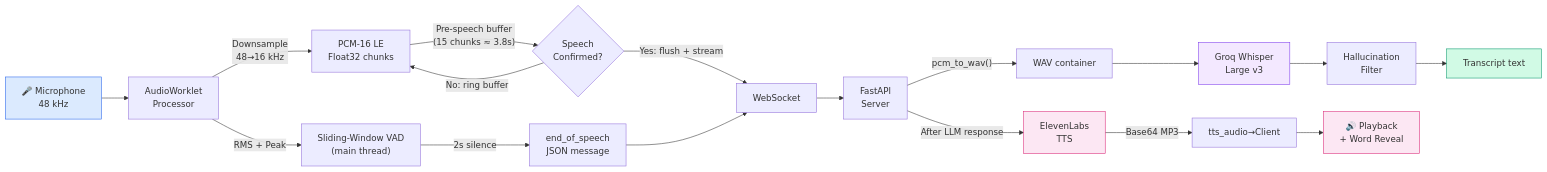
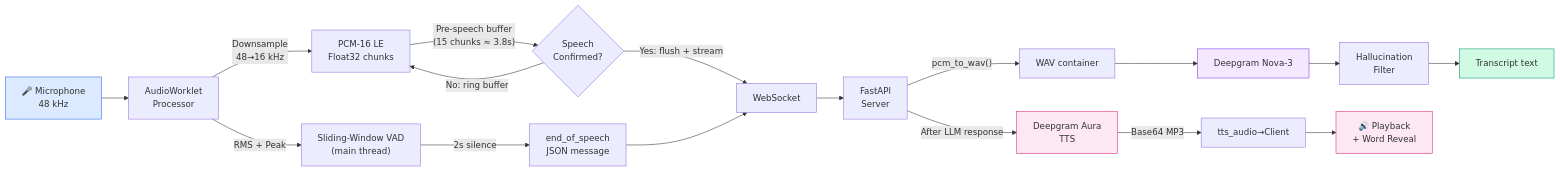
One commit to charanp2006/demo-voice-agent changed the fourth of 5 diagrams in docs/ARCHITECTURE.md. Above: the diagram before and after it, drawn with Mermaid. The commit also changed other lines of this file and 8 other files, not shown here.

Commit message:
Update the STT, TTS, LLM with new tech stack

````diff
--- a/docs/ARCHITECTURE.md
+++ b/docs/ARCHITECTURE.md
@@ -188,25 +188,25 @@
 ```mermaid
 flowchart LR
     MIC["🎤 Microphone<br/>48 kHz"] --> AWS["AudioWorklet<br/>Processor"]
     AWS -->|"Downsample<br/>48→16 kHz"| PCM["PCM-16 LE<br/>Float32 chunks"]
     AWS -->|"RMS + Peak"| VAD["Sliding-Window VAD<br/>(main thread)"]
     PCM -->|"Pre-speech buffer<br/>(15 chunks ≈ 3.8s)"| GATE{"Speech<br/>Confirmed?"}
     GATE -->|"Yes: flush + stream"| WS["WebSocket"]
     GATE -->|"No: ring buffer"| PCM
     VAD -->|"2s silence"| EOS["end_of_speech<br/>JSON message"]
     EOS --> WS
     WS --> SRV["FastAPI<br/>Server"]
     SRV -->|"pcm_to_wav()"| WAV["WAV container"]
-    WAV --> WHISPER["Groq Whisper<br/>Large v3"]
+    WAV --> WHISPER["Deepgram Nova-3"]
     WHISPER --> FILTER["Hallucination<br/>Filter"]
     FILTER --> TXT["Transcript text"]
-    SRV -->|"After LLM response"| TTS_GEN["ElevenLabs<br/>TTS"]
+    SRV -->|"After LLM response"| TTS_GEN["Deepgram Aura<br/>TTS"]
     TTS_GEN -->|"Base64 MP3"| WS2["tts_audio→Client"]
     WS2 --> PLAY["🔊 Playback<br/>+ Word Reveal"]
 
     style MIC fill:#dbeafe,stroke:#2563eb
     style WHISPER fill:#f3e8ff,stroke:#7c3aed
     style TXT fill:#d1fae5,stroke:#059669
     style TTS_GEN fill:#fce7f3,stroke:#db2777
     style PLAY fill:#fce7f3,stroke:#db2777
 ```
````
